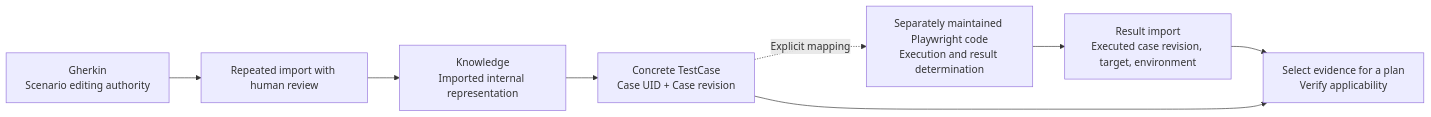
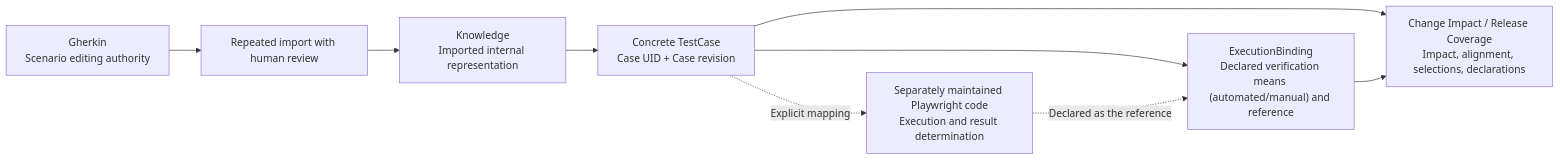
The first of 3 diagrams in docs/en/git-native-model-for-test-knowledge-management.md (markharness/markharness), drawn with Mermaid before and after one commit. The commit also changed other lines of this file and 1 other file, not shown here.

````diff
--- a/docs/en/git-native-model-for-test-knowledge-management.md
+++ b/docs/en/git-native-model-for-test-knowledge-management.md
@@ -17,10 +17,11 @@
 ```mermaid
 flowchart LR
   G["Gherkin\nScenario editing authority"] --> I["Repeated import with human review"]
   I --> K["Knowledge\nImported internal representation"]
   K --> C["Concrete TestCase\nCase UID + Case revision"]
   C -. "Explicit mapping" .-> P["Separately maintained Playwright code\nExecution and result determination"]
-  P --> E["Result import\nExecuted case revision, target, environment"]
-  E --> V["Select evidence for a plan\nVerify applicability"]
-  C --> V
+  C --> B["ExecutionBinding\nDeclared verification means (automated/manual) and reference"]
+  P -. "Declared as the reference" .-> B
+  C --> V["Change Impact / Release Coverage\nImpact, alignment, selections, declarations"]
+  B --> V
 ```
````
